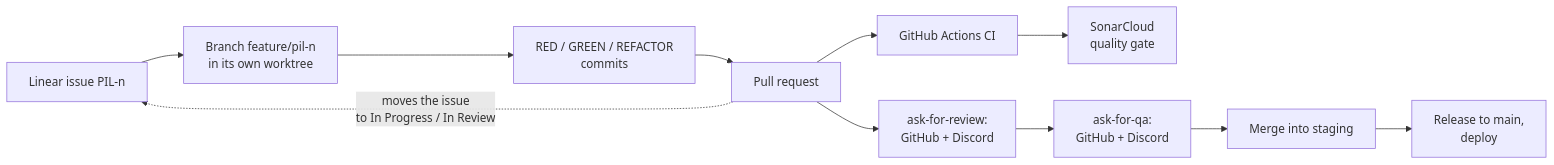
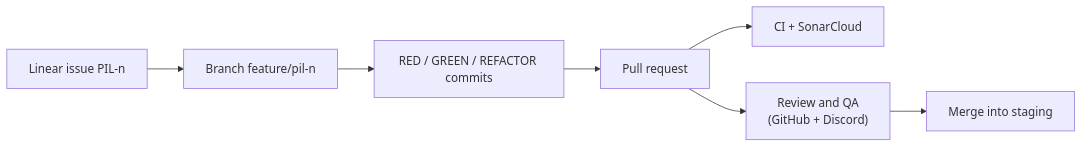
Before and after one commit to mvfi0/pilah-docs: the diagram in docs/review-part-a/team-work-with-tools.md, drawn with Mermaid. The commit also changed other lines of this file and 1 other file, not shown here.

````diff
--- a/docs/review-part-a/team-work-with-tools.md
+++ b/docs/review-part-a/team-work-with-tools.md
@@ -44,13 +26,9 @@
 ```mermaid
 flowchart LR
-    A["Linear issue PIL-n"] --> B["Branch feature/pil-n<br/>in its own worktree"]
-    B --> C["RED / GREEN / REFACTOR<br/>commits"]
+    A["Linear issue PIL-n"] --> B["Branch feature/pil-n"]
+    B --> C["RED / GREEN / REFACTOR commits"]
     C --> D["Pull request"]
-    D --> E["GitHub Actions CI"]
-    E --> F["SonarCloud<br/>quality gate"]
-    D --> G["ask-for-review:<br/>GitHub + Discord"]
-    G --> H["ask-for-qa:<br/>GitHub + Discord"]
-    H --> I["Merge into staging"]
-    I --> J["Release to main,<br/>deploy"]
-    D -. "moves the issue<br/>to In Progress / In Review" .-> A
+    D --> E["CI + SonarCloud"]
+    D --> F["Review and QA<br/>(GitHub + Discord)"]
+    F --> G["Merge into staging"]
 ```
````
